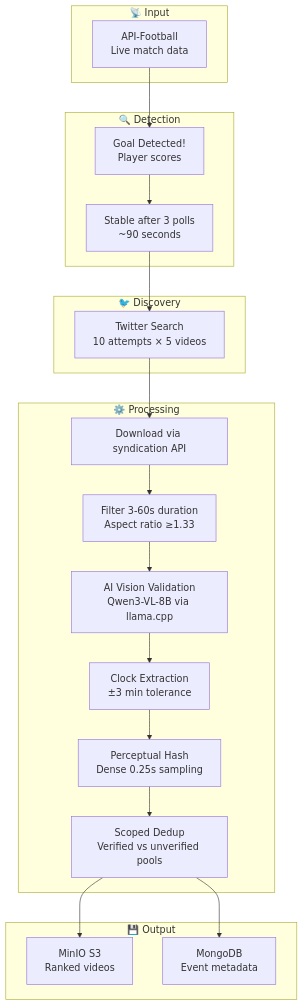
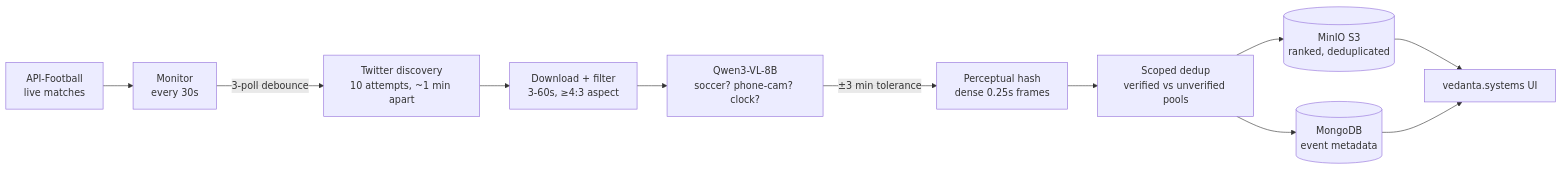
Before and after one commit to vedantadhobley/found-footy: the diagram in README.md, drawn with Mermaid. The commit also changed other lines of this file and 22 other files, not shown here.

````diff
--- a/README.md
+++ b/README.md
@@ -11,35 +17,13 @@
 ```mermaid
-flowchart TB
-    subgraph INPUT["📡 Input"]
-        API[API-Football<br/>Live match data]
-    end
-    
-    subgraph DETECT["🔍 Detection"]
-        GOAL[Goal Detected!<br/>Player scores]
-        STABLE[Stable after 3 polls<br/>~90 seconds]
-    end
-    
-    subgraph DISCOVER["🐦 Discovery"]
-        TWITTER[Twitter Search<br/>10 attempts × 5 videos]
-    end
-    
-    subgraph PROCESS["⚙️ Processing"]
-        DOWNLOAD[Download via syndication API]
-        FILTER[Filter 3-60s duration<br/>Aspect ratio ≥1.33]
-        AI[AI Vision Validation<br/>Qwen3-VL-8B via llama.cpp]
-        CLOCK[Clock Extraction<br/>±3 min tolerance]
-        HASH[Perceptual Hash<br/>Dense 0.25s sampling]
-        DEDUP[Scoped Dedup<br/>Verified vs unverified pools]
-    end
-    
-    subgraph OUTPUT["💾 Output"]
-        S3[MinIO S3<br/>Ranked videos]
-        META[MongoDB<br/>Event metadata]
-    end
-    
-    API --> GOAL --> STABLE
-    STABLE --> TWITTER
-    TWITTER --> DOWNLOAD --> FILTER --> AI --> CLOCK --> HASH --> DEDUP
-    DEDUP --> S3
-    DEDUP --> META
+flowchart LR
+    API[API-Football<br/>live matches] --> MON[Monitor<br/>every 30s]
+    MON -->|3-poll debounce| TW[Twitter discovery<br/>10 attempts, ~1 min apart]
+    TW --> DL[Download + filter<br/>3-60s, ≥4:3 aspect]
+    DL --> AI[Qwen3-VL-8B<br/>soccer? phone-cam? clock?]
+    AI -->|±3 min tolerance| HASH[Perceptual hash<br/>dense 0.25s frames]
+    HASH --> DEDUP[Scoped dedup<br/>verified vs unverified pools]
+    DEDUP --> S3[(MinIO S3<br/>ranked, deduplicated)]
+    DEDUP --> META[(MongoDB<br/>event metadata)]
+    S3 --> UI[vedanta.systems UI]
+    META --> UI
 ```
````
